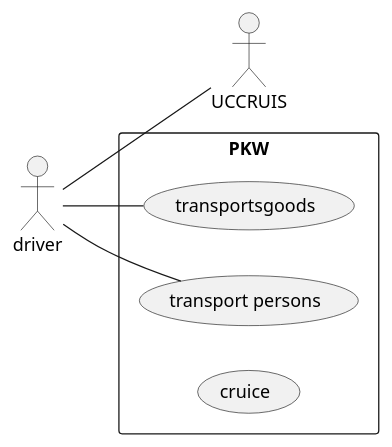
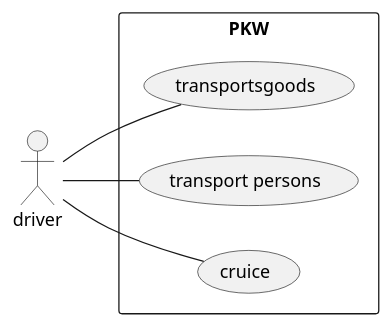
One commit to 2122-3bhitm-itp/04-lecture-notes-git-ThomasSpindlerHTL changed the sixth of 9 diagrams in asciidocs/notes.adoc. Above: the diagram before and after it, drawn with PlantUML. The commit also changed other lines of this file and 4 other files, not shown here.

```diff
--- a/asciidocs/notes.adoc
+++ b/asciidocs/notes.adoc
@@ -515,18 +515,18 @@
 [plantuml, ucd1, png]
 ----
 @startuml
 skinparam backgroundColor transparent
 skinparam shadowing false
 
 left to right direction
 actor "driver" as fc
 rectangle PKW {
     usecase "transportsgoods" as UCGOODS
     usecase "transport persons" as UCPERSON
     usecase "cruice" as UCCRUICE
 }
 fc -- UCGOODS
 fc -- UCPERSON
-fc -- UCCRUIS
+fc -- UCCRUICE
 @enduml
 ----
```
